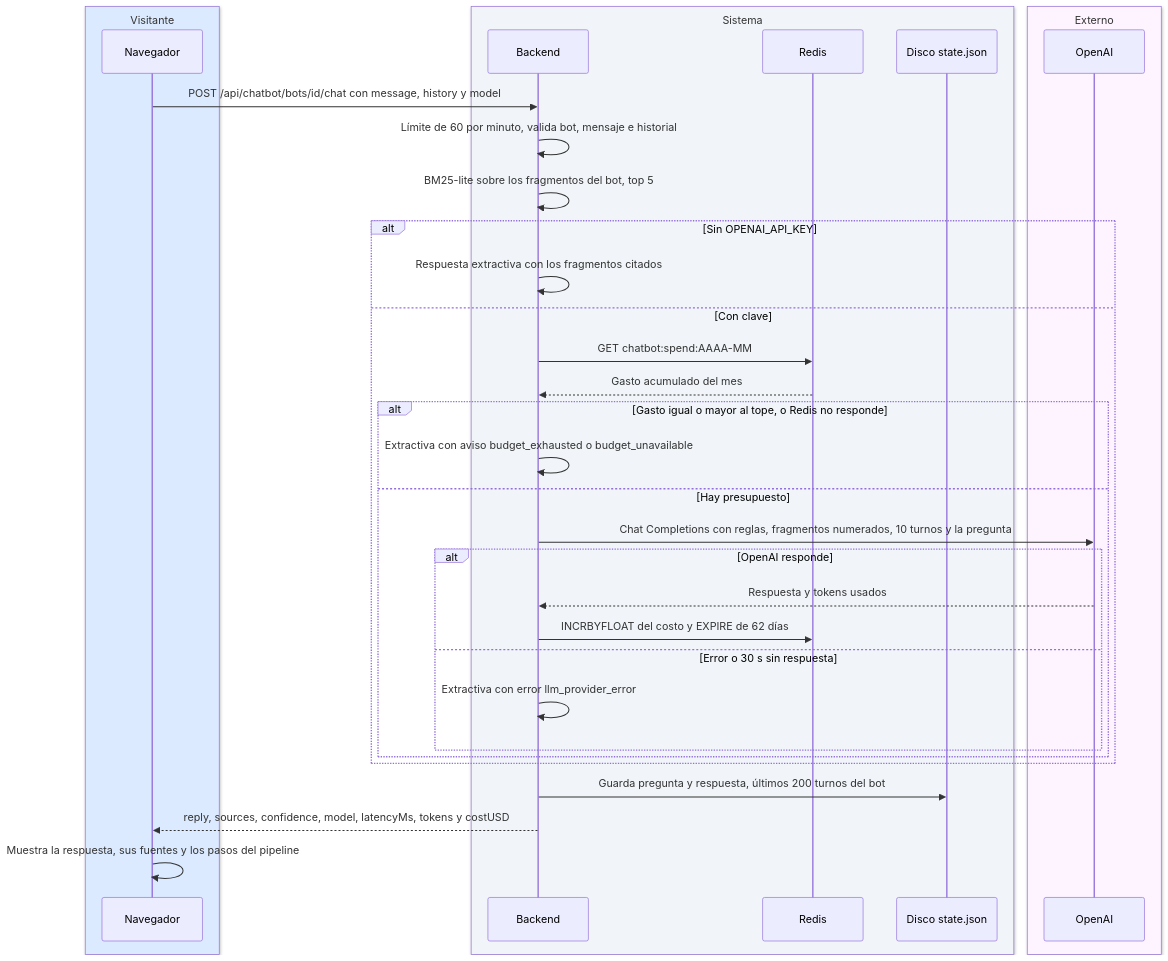
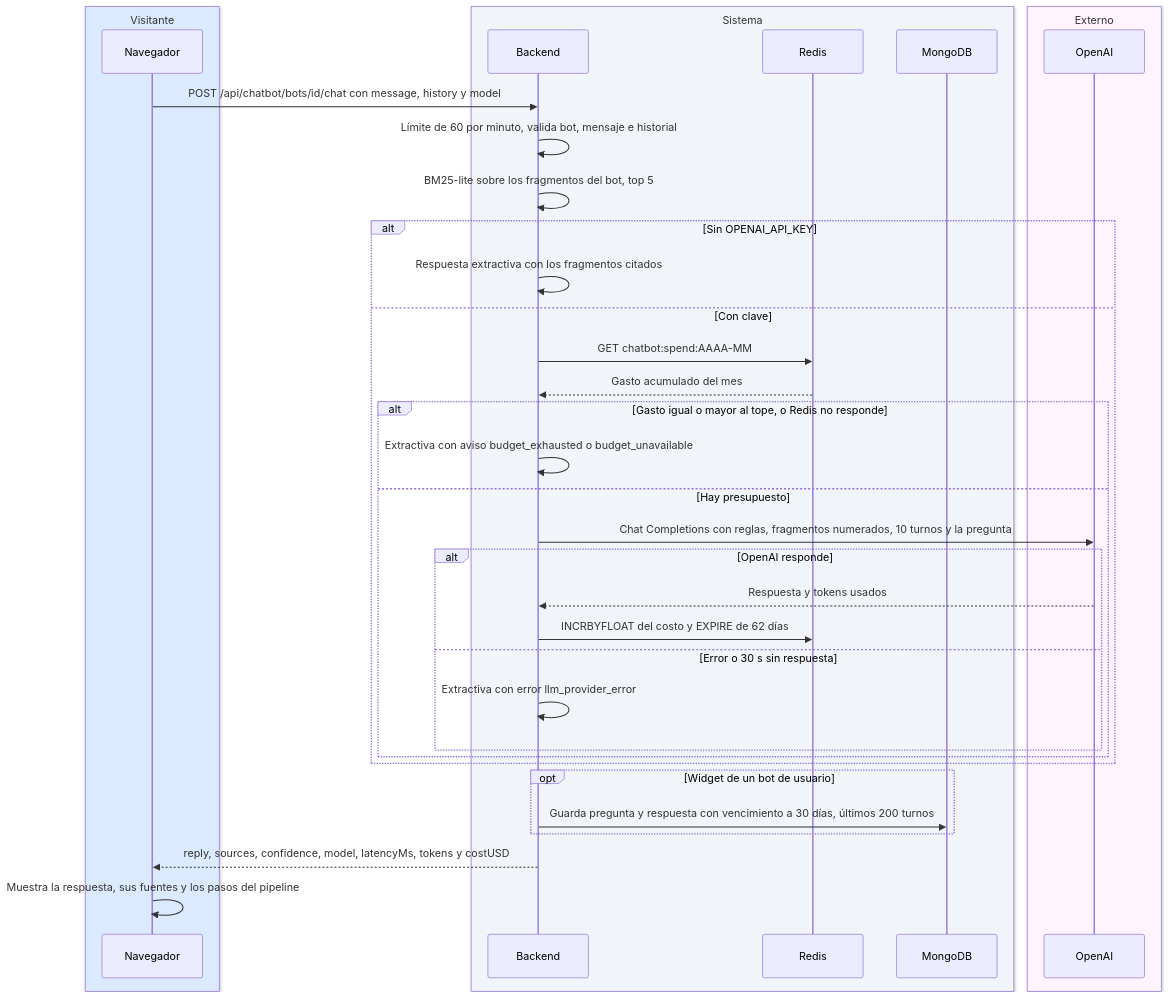
Before and after one commit to ronalc90/koptup: the tenth of 24 diagrams in docs/wiki/Doc-14-3-Flujos-Tecnicos.md, drawn with Mermaid. The commit also changed other lines of this file and 90 other files, not shown here.

````diff
--- a/docs/wiki/Doc-14-3-Flujos-Tecnicos.md
+++ b/docs/wiki/Doc-14-3-Flujos-Tecnicos.md
@@ -621,37 +624,39 @@
 ```mermaid
 sequenceDiagram
     box rgb(219,234,254) Visitante
         participant N as Navegador
     end
     box rgb(241,245,249) Sistema
         participant B as Backend
         participant R as Redis
-        participant D as Disco state.json
+        participant D as MongoDB
     end
     box rgb(253,244,255) Externo
         participant O as OpenAI
     end
     N->>B: POST /api/chatbot/bots/id/chat con message, history y model
     B->>B: Límite de 60 por minuto, valida bot, mensaje e historial
     B->>B: BM25-lite sobre los fragmentos del bot, top 5
     alt Sin OPENAI_API_KEY
         B->>B: Respuesta extractiva con los fragmentos citados
     else Con clave
         B->>R: GET chatbot:spend:AAAA-MM
         R-->>B: Gasto acumulado del mes
         alt Gasto igual o mayor al tope, o Redis no responde
             B->>B: Extractiva con aviso budget_exhausted o budget_unavailable
         else Hay presupuesto
             B->>O: Chat Completions con reglas, fragmentos numerados, 10 turnos y la pregunta
             alt OpenAI responde
                 O-->>B: Respuesta y tokens usados
                 B->>R: INCRBYFLOAT del costo y EXPIRE de 62 días
             else Error o 30 s sin respuesta
                 B->>B: Extractiva con error llm_provider_error
             end
         end
     end
-    B->>D: Guarda pregunta y respuesta, últimos 200 turnos del bot
+    opt Widget de un bot de usuario
+        B->>D: Guarda pregunta y respuesta con vencimiento a 30 días, últimos 200 turnos
+    end
     B-->>N: reply, sources, confidence, model, latencyMs, tokens y costUSD
     N->>N: Muestra la respuesta, sus fuentes y los pasos del pipeline
 ```
````
